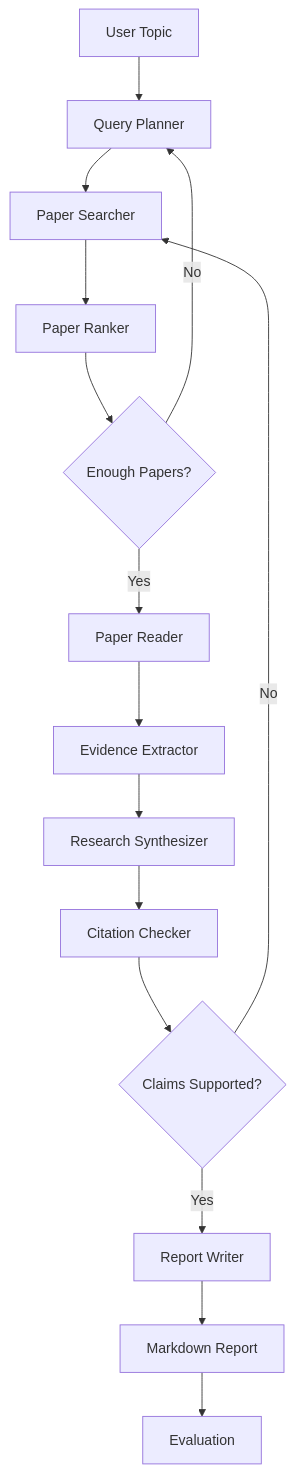
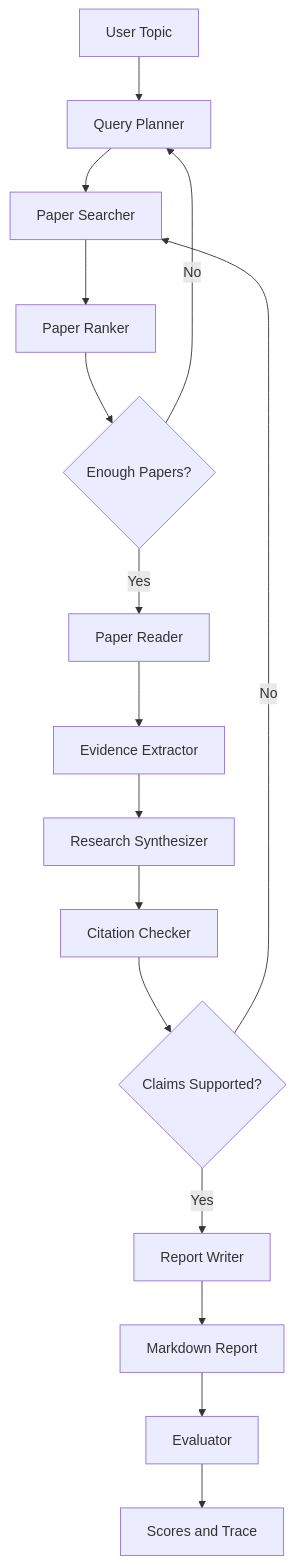
The first of 2 diagrams in docs/architecture_spec.md (xinyizhiren/cs599-project), drawn with Mermaid before and after one commit. The commit also changed other lines of this file and 20 other files, not shown here.

Commit message:
Add graph runner and evaluation workflow

````diff
--- a/docs/architecture_spec.md
+++ b/docs/architecture_spec.md
@@ -39,17 +39,18 @@
 ```mermaid
 flowchart TD
     A["User Topic"] --> B["Query Planner"]
     B --> C["Paper Searcher"]
     C --> D["Paper Ranker"]
     D --> E{"Enough Papers?"}
     E -- "No" --> B
     E -- "Yes" --> F["Paper Reader"]
     F --> G["Evidence Extractor"]
     G --> H["Research Synthesizer"]
     H --> I["Citation Checker"]
     I --> J{"Claims Supported?"}
     J -- "No" --> C
     J -- "Yes" --> K["Report Writer"]
     K --> L["Markdown Report"]
-    L --> M["Evaluation"]
+    L --> M["Evaluator"]
+    M --> N["Scores and Trace"]
 ```
````
